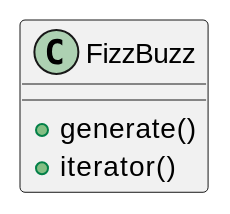
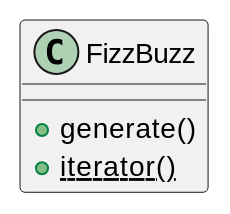
One commit to k2works/aws_sam_nodejs_handson changed the second of 3 diagrams in docs/src/fizz_buzz/index.adoc. Above: the diagram before and after it, drawn with PlantUML. The commit also changed 2 other files, not shown here.

Commit message:
リファクタリング

```diff
--- a/docs/src/fizz_buzz/index.adoc
+++ b/docs/src/fizz_buzz/index.adoc
@@ -33,7 +33,7 @@
 [plantuml]
 ----
 class FizzBuzz {
 + generate()
-+ iterator()
++ {static}iterator()
 }
 ----
```
